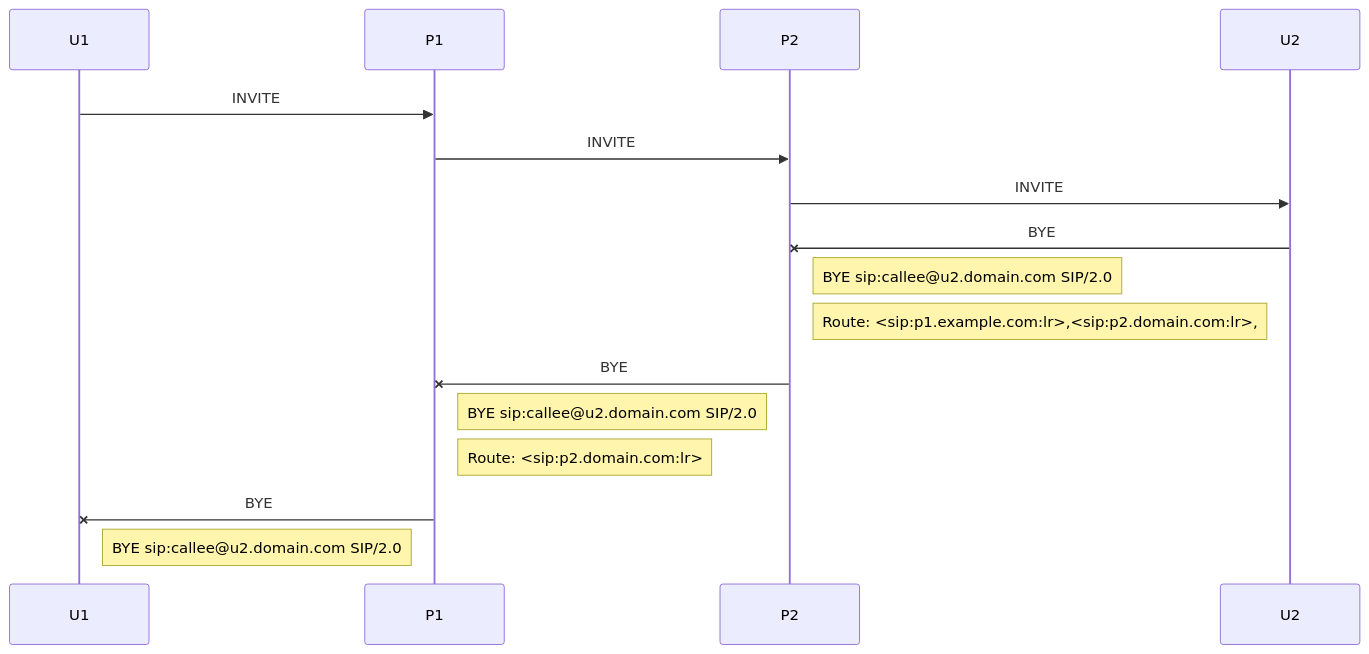
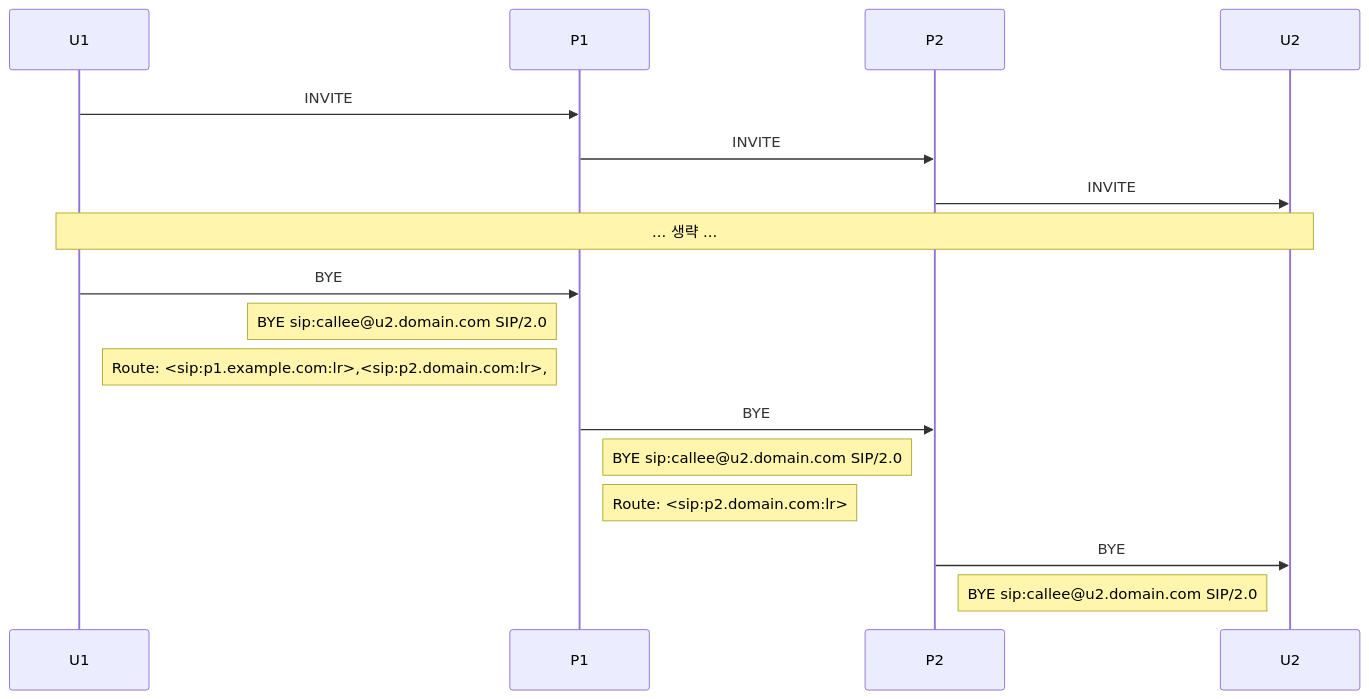
The diagram in proxy_basic_sip_trapezoid_res.mmd (byung-u/TeleCommunicationDocs), drawn with Mermaid before and after one commit. The commit also changed 7 other files, not shown here.

```diff
--- a/proxy_basic_sip_trapezoid_res.mmd
+++ b/proxy_basic_sip_trapezoid_res.mmd
@@ -1,13 +1,14 @@
 %% Sequence diagram code
 sequenceDiagram
     U1 ->> P1: INVITE
     P1 ->> P2: INVITE
     P2 ->> U2: INVITE
-    U2 -x P2: BYE
-    Note right of P2: BYE sip:callee@u2.domain.com SIP/2.0
-    Note right of P2: Route: <sip:p1.example.com:lr>,<sip:p2.domain.com:lr>,
-    P2 -x P1: BYE
+    Note over U1,U2: ... 생략 ... 
+    U1 ->> P1: BYE
+    Note left of P1: BYE sip:callee@u2.domain.com SIP/2.0
+    Note left of P1: Route: <sip:p1.example.com:lr>,<sip:p2.domain.com:lr>,
+    P1 ->> P2: BYE
     Note right of P1: BYE sip:callee@u2.domain.com SIP/2.0
     Note right of P1: Route: <sip:p2.domain.com:lr>
-    P1 -x U1: BYE
-    Note right of U1: BYE sip:callee@u2.domain.com SIP/2.0
+    P2 ->> U2: BYE
+    Note left of U2: BYE sip:callee@u2.domain.com SIP/2.0
```
